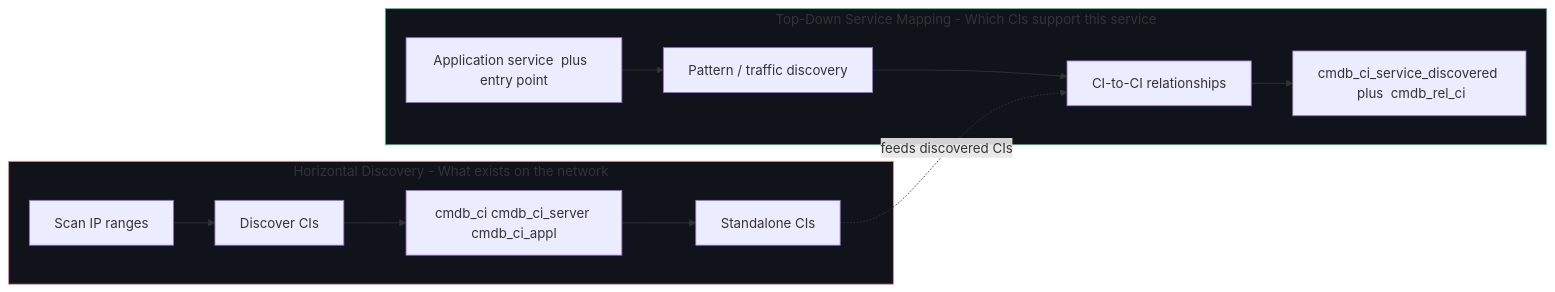
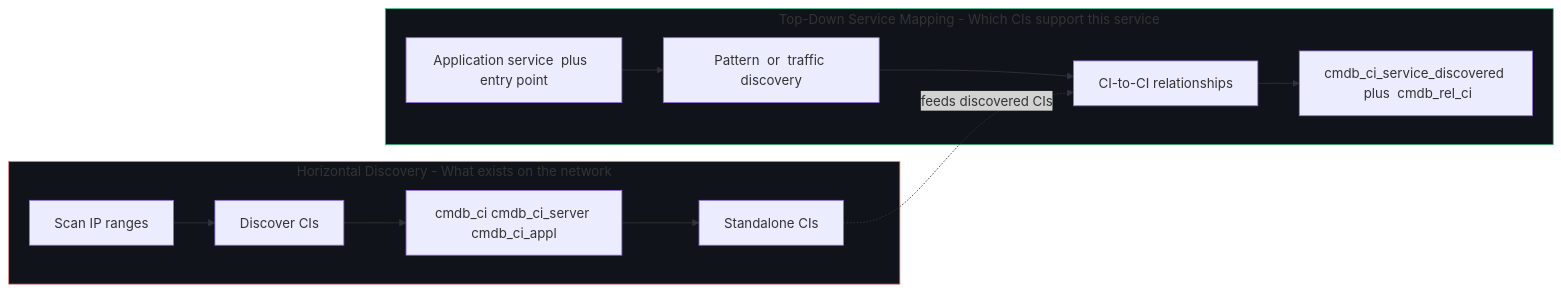
The fifth of 6 diagrams in docs/modules/servicemapping/servicemapping-guide.md (eltonaguiar/ServiceNow_Learning_TSOM-_CSM_FSM_SalesCRM_HAM_ITSM), drawn with Mermaid before and after one commit. The commit also changed other lines of this file and 19 other files, not shown here.

First line of the commit message:
Fix Mermaid diagram syntax errors - replace problematic chars in text content only

````diff
--- a/docs/modules/servicemapping/servicemapping-guide.md
+++ b/docs/modules/servicemapping/servicemapping-guide.md
@@ -454,20 +454,20 @@
 ```mermaid
 flowchart LR
     subgraph HD[Horizontal Discovery - What exists on the network]
         H1[Scan IP ranges] --> H2[Discover CIs]
         H2 --> H3[cmdb_ci cmdb_ci_server cmdb_ci_appl]
         H3 --> H4[Standalone CIs]
     end
 
     subgraph SM[Top-Down Service Mapping - Which CIs support this service]
-        S1[Application service  plus  entry point] --> S2[Pattern / traffic discovery]
+        S1[Application service  plus  entry point] --> S2[Pattern  or  traffic discovery]
         S2 --> S3[CI-to-CI relationships]
         S3 --> S4[cmdb_ci_service_discovered  plus  cmdb_rel_ci]
     end
 
     H4 -.->|feeds discovered CIs| S3
 
     style HD fill:#10141a,stroke:#e58a8a
     style SM fill:#10141a,stroke:#4cc38a
 
 ```
````
